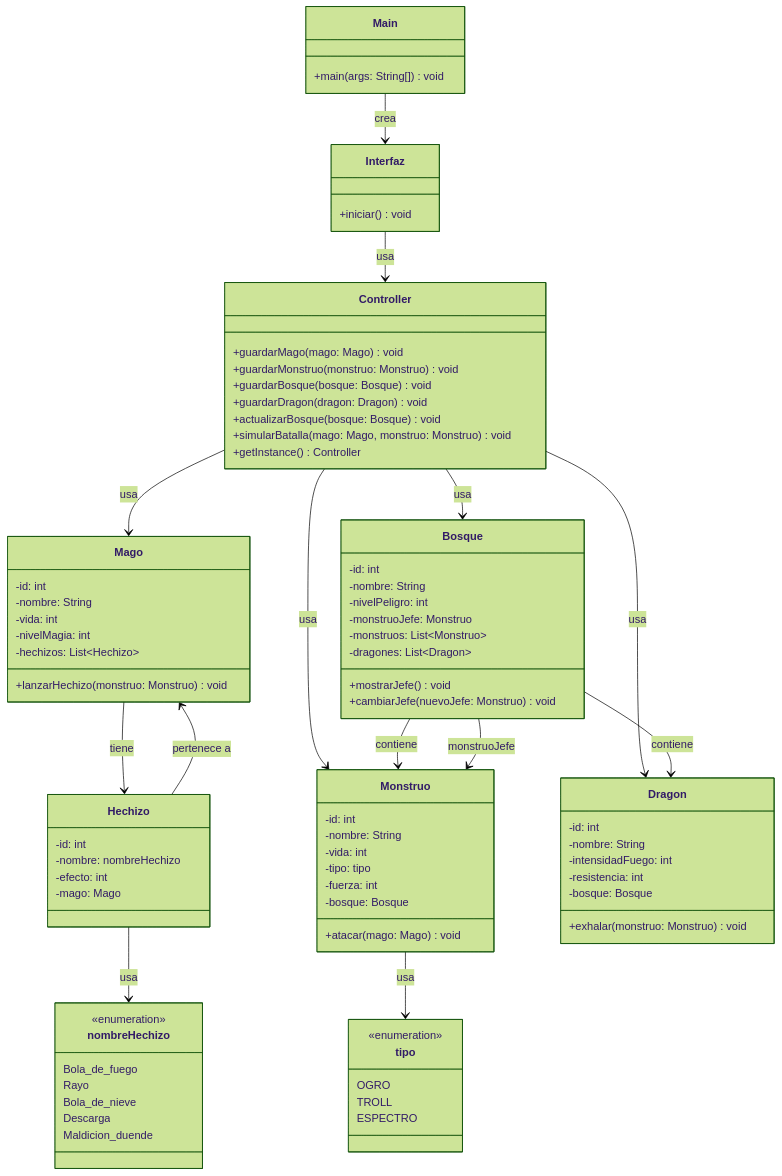
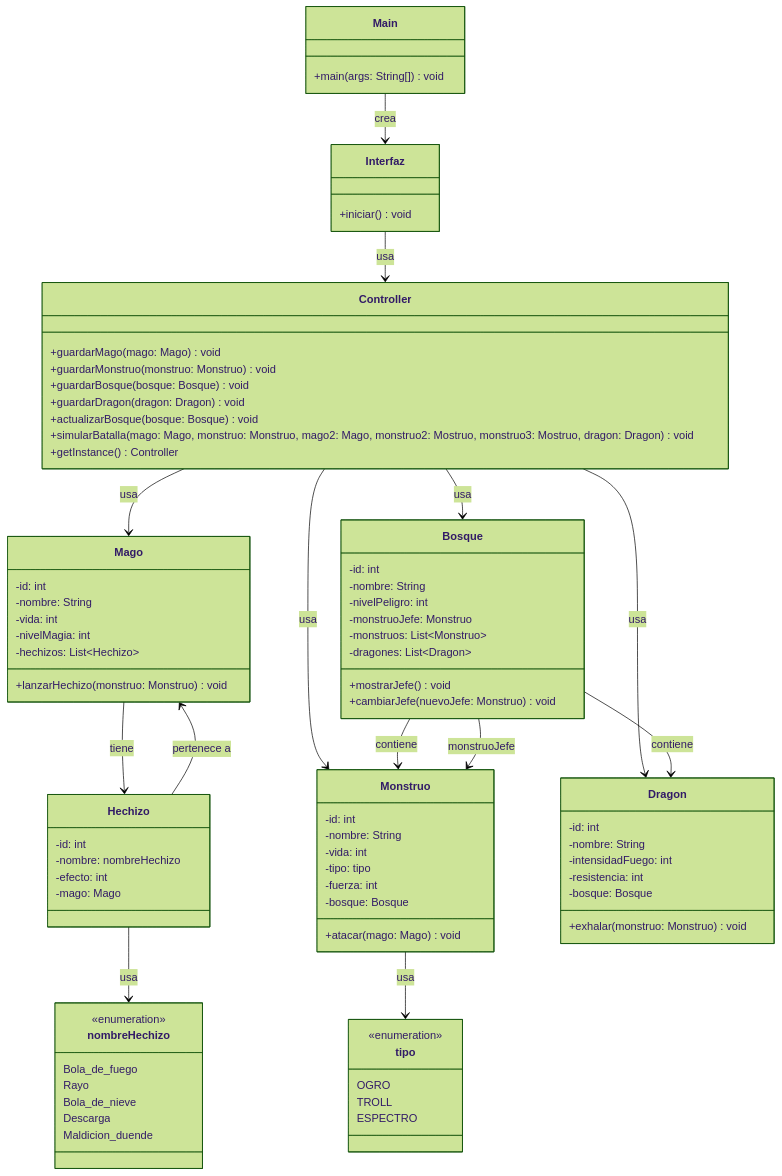
Before and after one commit to FernandoAR1/Dragonlandia: the first of 2 diagrams in README.md, drawn with Mermaid (forest theme). The commit also changed 2 other files, not shown here.

Commit message:
Actualizar datos despues batalla y Readme Actualizado

```diff
--- a/README.md
+++ b/README.md
@@ -22,7 +22,7 @@
         +guardarBosque(bosque: Bosque) void
         +guardarDragon(dragon: Dragon) void
         +actualizarBosque(bosque: Bosque) void
-        +simularBatalla(mago: Mago, monstruo: Monstruo) void
+        +simularBatalla(mago: Mago, monstruo: Monstruo, mago2: Mago, monstruo2: Mostruo, monstruo3: Mostruo, dragon: Dragon) void
         +getInstance() Controller
     }
 
```
